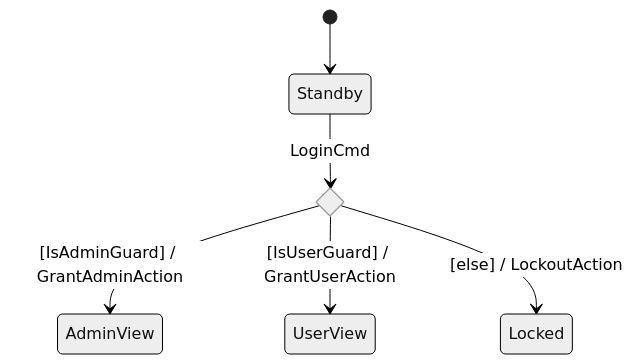
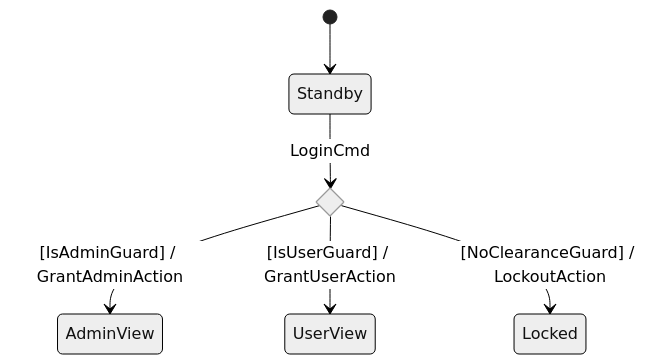
One commit to simoneCavalleri/fsmc changed the eighth of 10 diagrams in docs/UML_REFERENCE.md. Above: the diagram before and after it, drawn with Mermaid (neutral theme). The commit also changed other lines of this file and 6 other files, not shown here.

````diff
--- a/docs/UML_REFERENCE.md
+++ b/docs/UML_REFERENCE.md
@@ -133,11 +198,11 @@
 ```mermaid
 stateDiagram-v2
     [*] --> Standby
 
     state AuthChoice <<choice>>
 
     Standby --> AuthChoice : LoginCmd
     AuthChoice --> AdminView : [IsAdminGuard] / GrantAdminAction
     AuthChoice --> UserView : [IsUserGuard] / GrantUserAction
-    AuthChoice --> Locked : [else] / LockoutAction
+    AuthChoice --> Locked : [NoClearanceGuard] / LockoutAction
 ```
````
